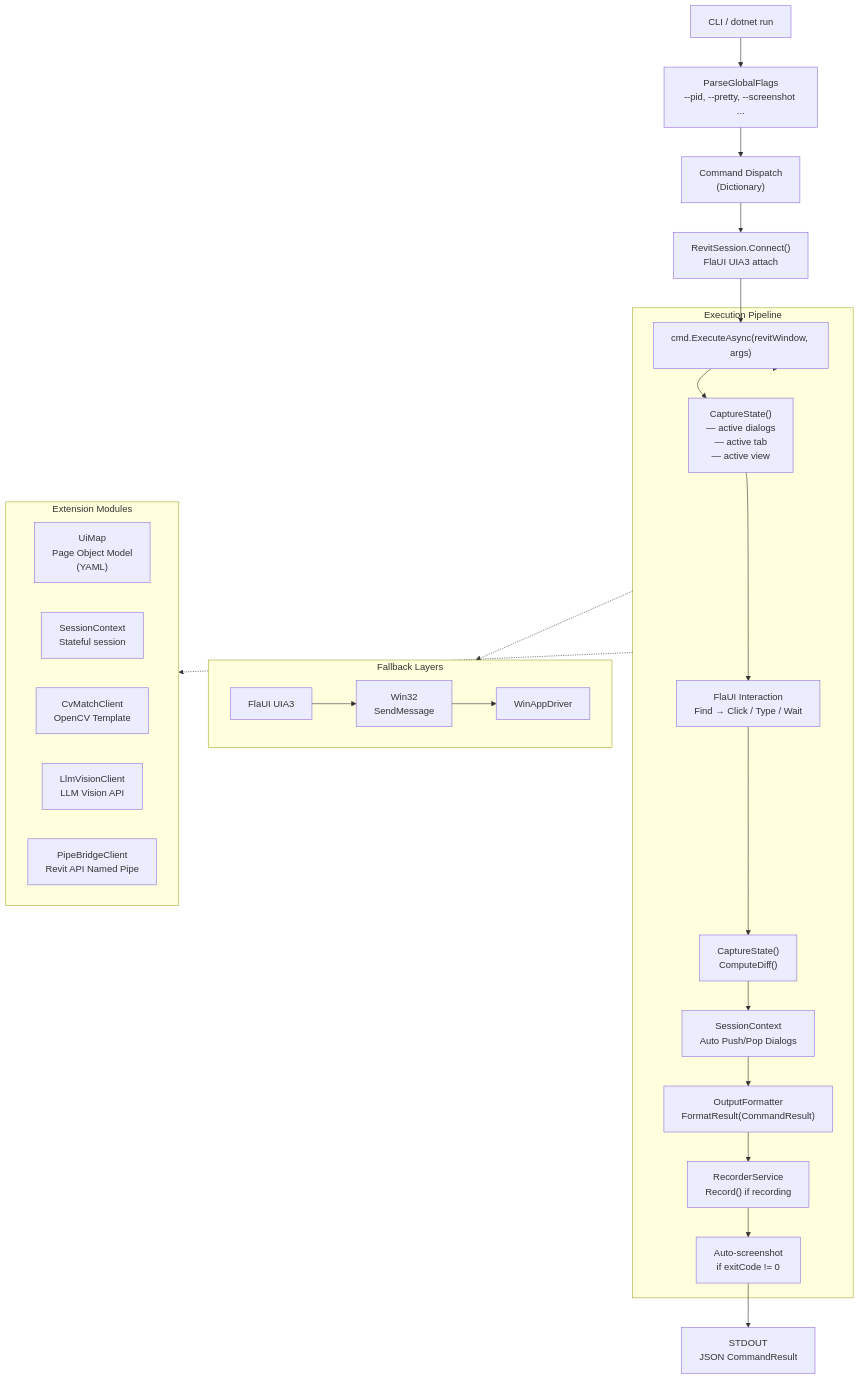
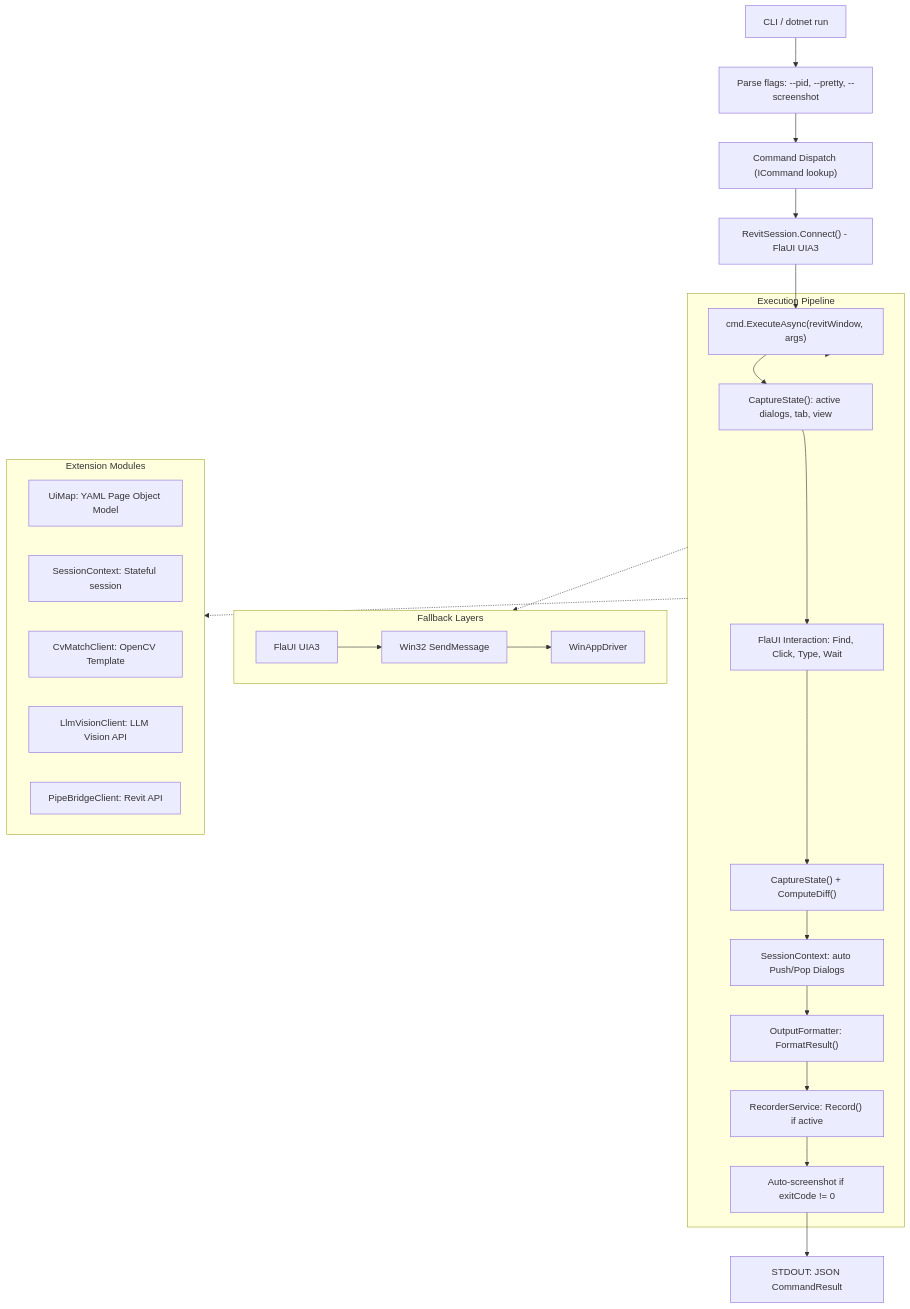
Before and after one commit to rubimtech/UiController: the first of 6 diagrams in README.md, drawn with Mermaid. The commit also changed other lines of this file and 33 other files, not shown here.

````diff
--- a/README.md
+++ b/README.md
@@ -372,36 +372,36 @@
 ```mermaid
 flowchart TB
-    CLI["CLI / dotnet run"] --> GlobalFlags["ParseGlobalFlags\n--pid, --pretty, --screenshot ..."]
-    GlobalFlags --> CommandDispatch["Command Dispatch\n(Dictionary<string, ICommand>)"]
-    CommandDispatch --> RevitSession["RevitSession.Connect()\nFlaUI UIA3 attach"]
+    CLI["CLI / dotnet run"] --> GlobalFlags["Parse flags: --pid, --pretty, --screenshot"]
+    GlobalFlags --> CommandDispatch["Command Dispatch (ICommand lookup)"]
+    CommandDispatch --> RevitSession["RevitSession.Connect() - FlaUI UIA3"]
     RevitSession --> ExecuteCmd["cmd.ExecuteAsync(revitWindow, args)"]
 
     subgraph ExecutionPipeline["Execution Pipeline"]
-        ExecuteCmd --> BeforeState["CaptureState()\n— active dialogs\n— active tab\n— active view"]
-        BeforeState --> UIAction["FlaUI Interaction\nFind → Click / Type / Wait"]
-        UIAction --> AfterState["CaptureState()\nComputeDiff()"]
-        AfterState --> SessionUpdate["SessionContext\nAuto Push/Pop Dialogs"]
-        SessionUpdate --> FormatResult["OutputFormatter\nFormatResult(CommandResult)"]
-        FormatResult --> Recorder["RecorderService\nRecord() if recording"]
-        Recorder --> AutoScreenshot["Auto-screenshot\nif exitCode != 0"]
+        ExecuteCmd --> BeforeState["CaptureState(): active dialogs, tab, view"]
+        BeforeState --> UIAction["FlaUI Interaction: Find, Click, Type, Wait"]
+        UIAction --> AfterState["CaptureState() + ComputeDiff()"]
+        AfterState --> SessionUpdate["SessionContext: auto Push/Pop Dialogs"]
+        SessionUpdate --> FormatResult["OutputFormatter: FormatResult()"]
+        FormatResult --> Recorder["RecorderService: Record() if active"]
+        Recorder --> AutoScreenshot["Auto-screenshot if exitCode != 0"]
     end
 
     ExecuteCmd --> ExecutionPipeline
-    AutoScreenshot --> STDOUT["STDOUT\nJSON CommandResult"]
+    AutoScreenshot --> STDOUT["STDOUT: JSON CommandResult"]
 
     subgraph Fallbacks["Fallback Layers"]
         direction LR
-        F1["FlaUI UIA3"] --> F2["Win32\nSendMessage"]
+        F1["FlaUI UIA3"] --> F2["Win32 SendMessage"]
         F2 --> F3["WinAppDriver"]
     end
     ExecutionPipeline -.-> Fallbacks
 
     subgraph Extensions["Extension Modules"]
-        UIMap["UiMap\nPage Object Model\n(YAML)"]
-        Session["SessionContext\nStateful session"]
-        CV["CvMatchClient\nOpenCV Template"]
-        LLM["LlmVisionClient\nLLM Vision API"]
-        Pipe["PipeBridgeClient\nRevit API Named Pipe"]
+        UIMap["UiMap: YAML Page Object Model"]
+        Session["SessionContext: Stateful session"]
+        CV["CvMatchClient: OpenCV Template"]
+        LLM["LlmVisionClient: LLM Vision API"]
+        Pipe["PipeBridgeClient: Revit API"]
     end
     ExecutionPipeline -.-> Extensions
 ```
````
